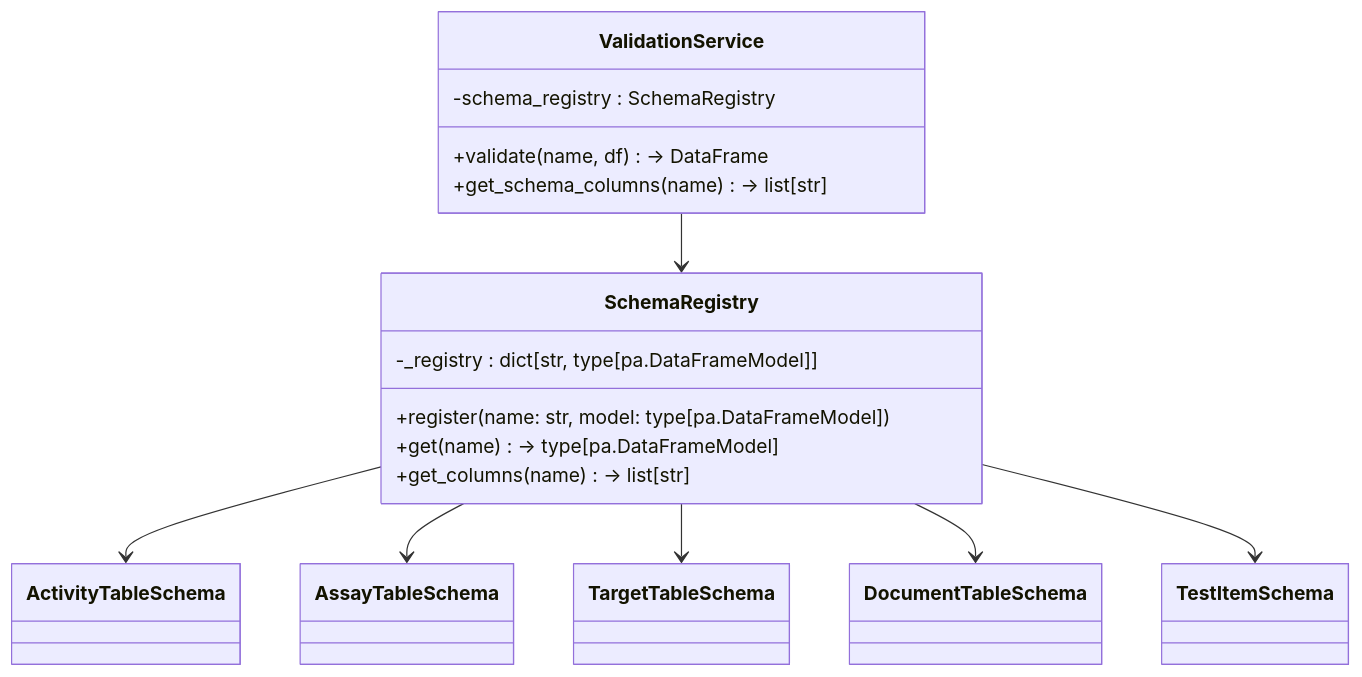
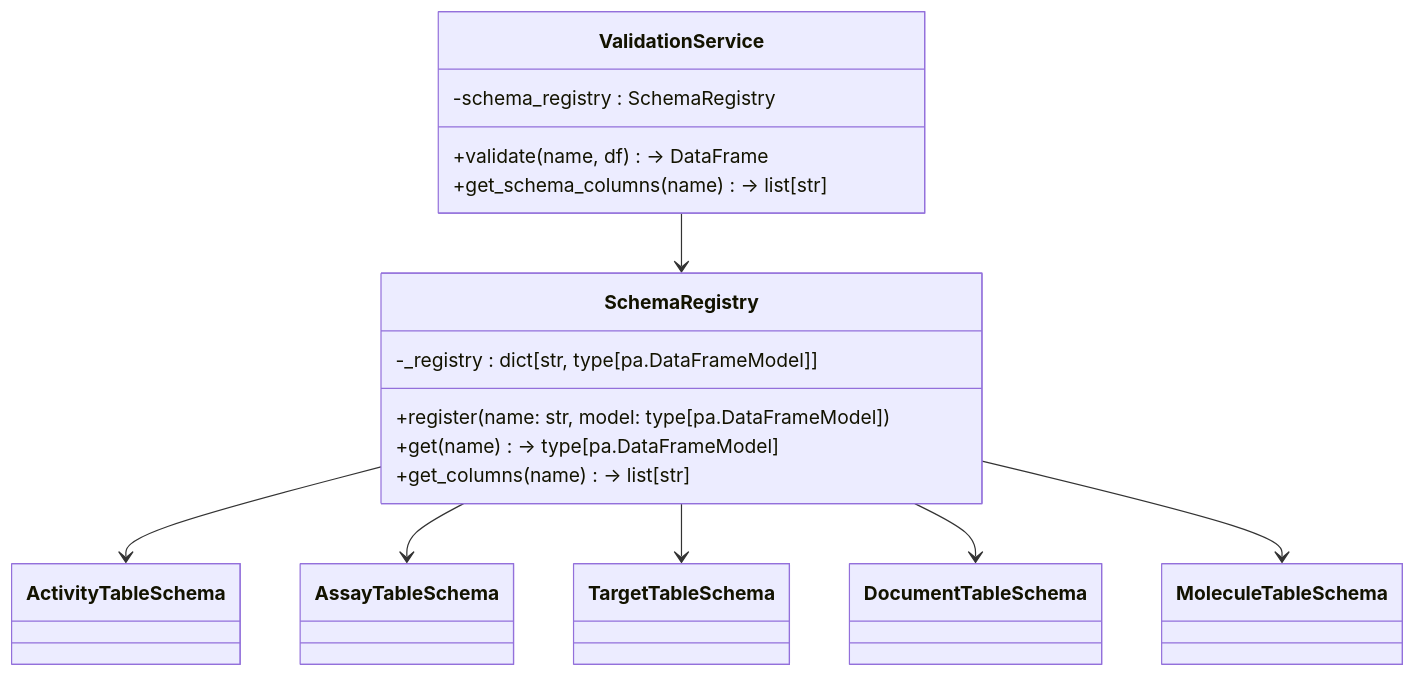
The diagram in docs/architecture/diagrams/class/33-schema-registry.mmd (SatoryKono/BioactivityDataAcquisition), drawn with Mermaid before and after one commit. The commit also changed 24 other files, not shown here.

```diff
--- a/docs/architecture/diagrams/class/33-schema-registry.mmd
+++ b/docs/architecture/diagrams/class/33-schema-registry.mmd
@@ -1,25 +1,25 @@
 %%{init: {"class": {"domainPrimary": {"fill": "#f5f5f5", "stroke": "#444", "strokeWidth": 1.5, "color": "#111", "fontSize": "22px"}, "domainSecondary": {"fill": "#e3e7ec", "stroke": "#555", "strokeWidth": 1.2, "color": "#111", "fontSize": "18px"}, "interface": {"fill": "#dde7f2", "stroke": "#44546a", "strokeWidth": 1.5, "color": "#111", "fontSize": "22px"}}}}%%
 classDiagram
     class SchemaRegistry {
         +register(name: str, model: type[pa.DataFrameModel])
         +get(name) -> type[pa.DataFrameModel]
         +get_columns(name) -> list[str]
         -_registry : dict[str, type[pa.DataFrameModel]]
     }
     class ValidationService {
         -schema_registry : SchemaRegistry
         +validate(name, df) -> DataFrame
         +get_schema_columns(name) -> list[str]
     }
     class ActivityTableSchema
     class AssayTableSchema
     class TargetTableSchema
     class DocumentTableSchema
-    class TestItemSchema
+    class MoleculeTableSchema
 
     SchemaRegistry --> ActivityTableSchema
     SchemaRegistry --> AssayTableSchema
     SchemaRegistry --> TargetTableSchema
     SchemaRegistry --> DocumentTableSchema
-    SchemaRegistry --> TestItemSchema
+    SchemaRegistry --> MoleculeTableSchema
     ValidationService --> SchemaRegistry
```
